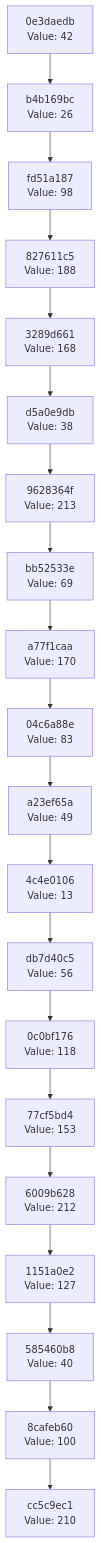
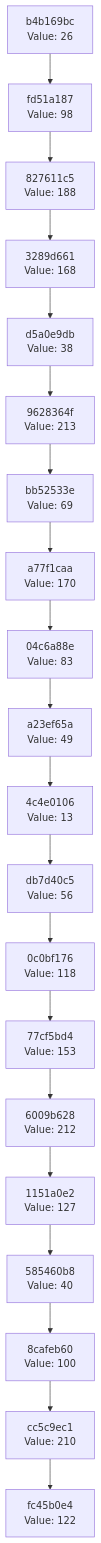
The diagram in docs/CHAIN_VISUALIZATION.md (Abhisheksinha1506/hash-chain-evolver), drawn with Mermaid before and after one commit. The commit also changed 3 other files, not shown here.

````diff
--- a/docs/CHAIN_VISUALIZATION.md
+++ b/docs/CHAIN_VISUALIZATION.md
@@ -3,42 +3,42 @@
 ```mermaid
 graph TD
-    C0["cc5c9ec1<br/>Value: 210"]
-    C1["8cafeb60<br/>Value: 100"]
+    C0["fc45b0e4<br/>Value: 122"]
+    C1["cc5c9ec1<br/>Value: 210"]
     C1 --> C0
-    C2["585460b8<br/>Value: 40"]
+    C2["8cafeb60<br/>Value: 100"]
     C2 --> C1
-    C3["1151a0e2<br/>Value: 127"]
+    C3["585460b8<br/>Value: 40"]
     C3 --> C2
-    C4["6009b628<br/>Value: 212"]
+    C4["1151a0e2<br/>Value: 127"]
     C4 --> C3
-    C5["77cf5bd4<br/>Value: 153"]
+    C5["6009b628<br/>Value: 212"]
     C5 --> C4
-    C6["0c0bf176<br/>Value: 118"]
+    C6["77cf5bd4<br/>Value: 153"]
     C6 --> C5
-    C7["db7d40c5<br/>Value: 56"]
+    C7["0c0bf176<br/>Value: 118"]
     C7 --> C6
-    C8["4c4e0106<br/>Value: 13"]
+    C8["db7d40c5<br/>Value: 56"]
     C8 --> C7
-    C9["a23ef65a<br/>Value: 49"]
+    C9["4c4e0106<br/>Value: 13"]
     C9 --> C8
-    C10["04c6a88e<br/>Value: 83"]
+    C10["a23ef65a<br/>Value: 49"]
     C10 --> C9
-    C11["a77f1caa<br/>Value: 170"]
+    C11["04c6a88e<br/>Value: 83"]
     C11 --> C10
-    C12["bb52533e<br/>Value: 69"]
+    C12["a77f1caa<br/>Value: 170"]
     C12 --> C11
-    C13["9628364f<br/>Value: 213"]
+    C13["bb52533e<br/>Value: 69"]
     C13 --> C12
-    C14["d5a0e9db<br/>Value: 38"]
+    C14["9628364f<br/>Value: 213"]
     C14 --> C13
-    C15["3289d661<br/>Value: 168"]
+    C15["d5a0e9db<br/>Value: 38"]
     C15 --> C14
-    C16["827611c5<br/>Value: 188"]
+    C16["3289d661<br/>Value: 168"]
     C16 --> C15
-    C17["fd51a187<br/>Value: 98"]
+    C17["827611c5<br/>Value: 188"]
     C17 --> C16
-    C18["b4b169bc<br/>Value: 26"]
+    C18["fd51a187<br/>Value: 98"]
     C18 --> C17
-    C19["0e3daedb<br/>Value: 42"]
+    C19["b4b169bc<br/>Value: 26"]
     C19 --> C18
 ```
````
